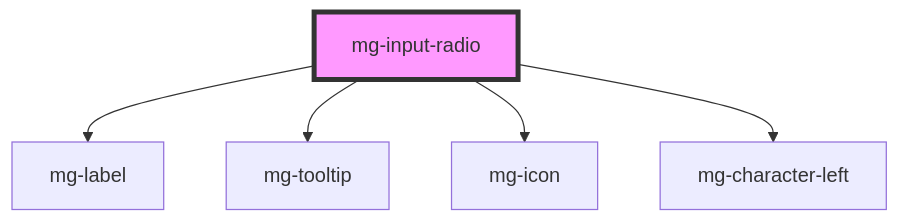
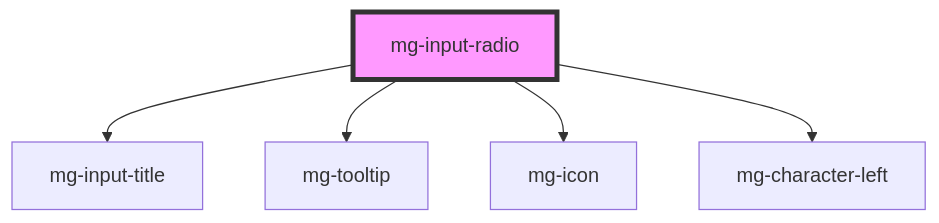
One commit to MGDIS/mg-components changed the diagram in src/components/molecules/inputs/mg-input-radio/readme.md. Above: the diagram before and after it, drawn with Mermaid. The commit also changed other lines of this file and 52 other files, not shown here.

First line of the commit message:
feat(mg-input-radio): tests - [x] add e2e tests - [x] add test mg-input-title isFieldset tests - [x] rename mg-label to mg-input-title

````diff
--- a/src/components/molecules/inputs/mg-input-radio/readme.md
+++ b/src/components/molecules/inputs/mg-input-radio/readme.md
@@ -45,8 +45,8 @@
 ```mermaid
 graph TD;
-  mg-input-radio --> mg-label
+  mg-input-radio --> mg-input-title
   mg-input-radio --> mg-tooltip
   mg-input-radio --> mg-icon
   mg-input-radio --> mg-character-left
   style mg-input-radio fill:#f9f,stroke:#333,stroke-width:4px
 ```
````
